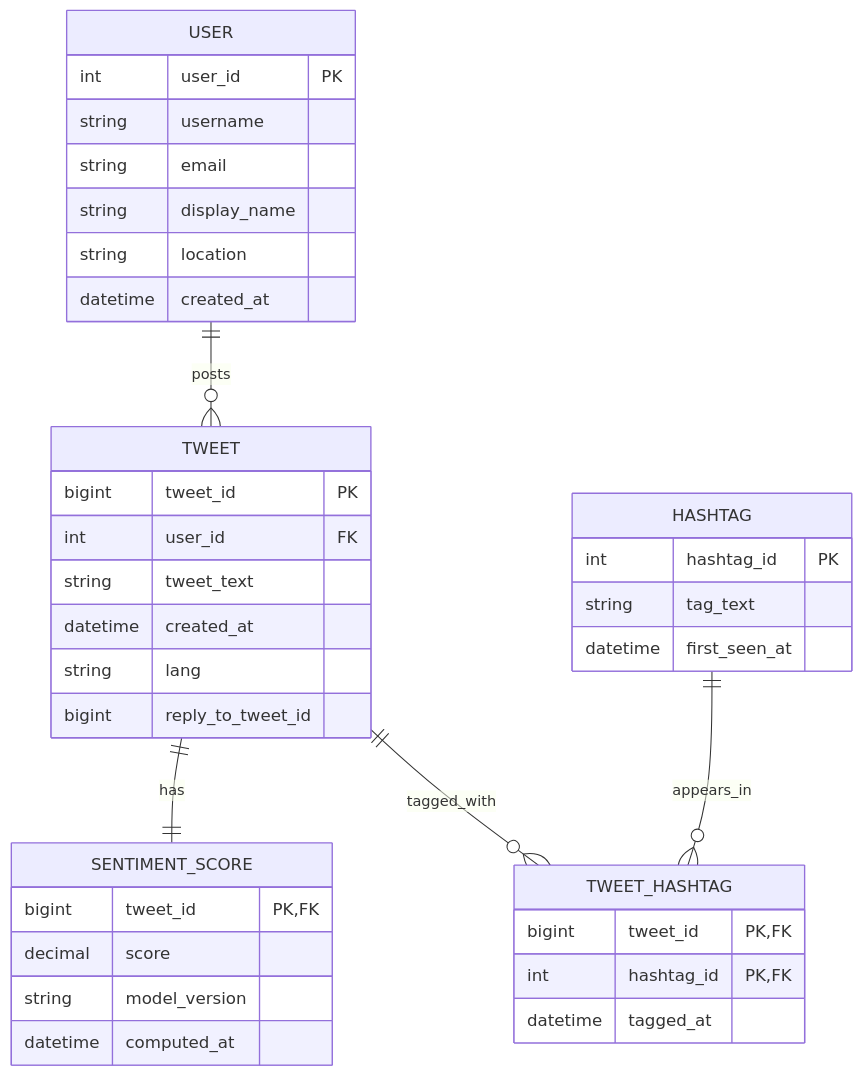
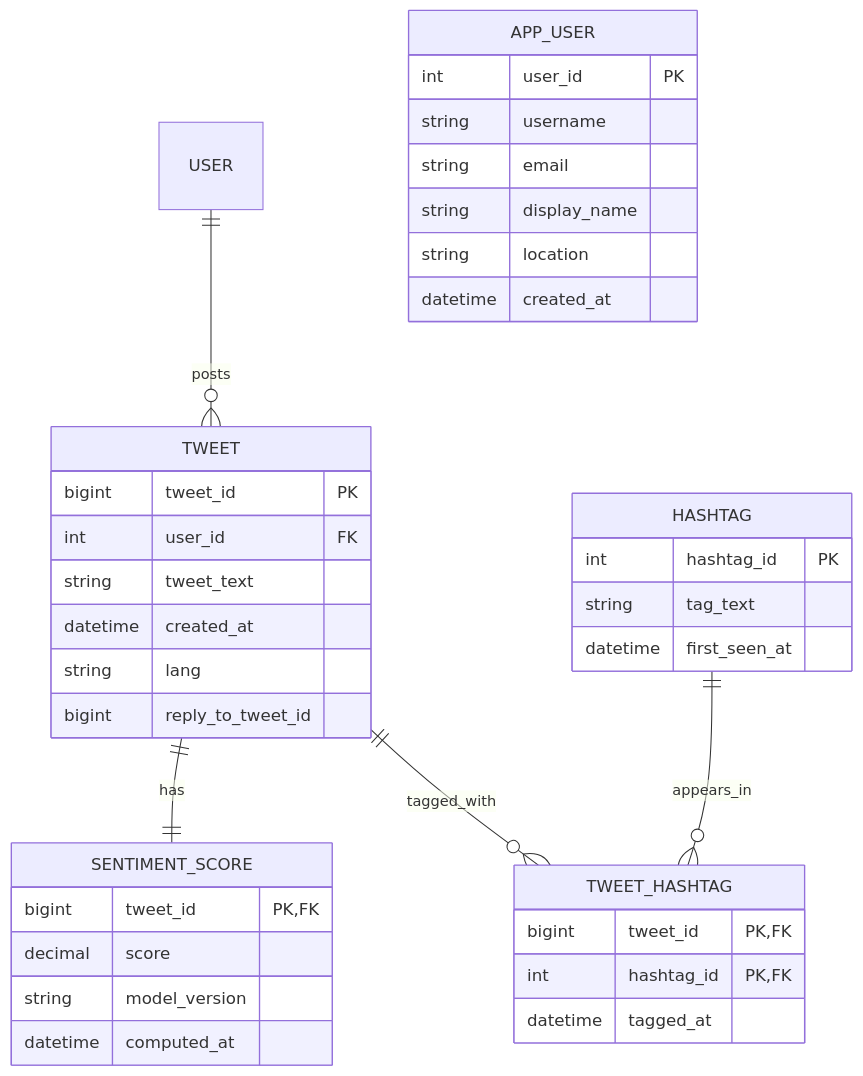
The diagram in database_er.md (E1iteComb/cop-3701-social-analytics), drawn with Mermaid before and after one commit. The commit also changed other lines of this file, not shown here.

Commit message:
Rename USER to APP_USER for Oracle

````diff
--- a/database_er.md
+++ b/database_er.md
@@ -12,44 +12,44 @@
 ```mermaid
 erDiagram
     USER ||--o{ TWEET : posts
     TWEET ||--|| SENTIMENT_SCORE : has
     TWEET ||--o{ TWEET_HASHTAG : tagged_with
     HASHTAG ||--o{ TWEET_HASHTAG : appears_in
 
-    USER {
+    APP_USER {
       int user_id PK
       string username
       string email
       string display_name
       string location
       datetime created_at
     }
 
     TWEET {
       bigint tweet_id PK
       int user_id FK
       string tweet_text
       datetime created_at
       string lang
       bigint reply_to_tweet_id
     }
 
     HASHTAG {
       int hashtag_id PK
       string tag_text
       datetime first_seen_at
     }
 
     TWEET_HASHTAG {
       bigint tweet_id PK, FK
       int hashtag_id PK, FK
       datetime tagged_at
     }
 
     SENTIMENT_SCORE {
       bigint tweet_id PK, FK
       decimal score
       string model_version
       datetime computed_at
     }
 ```
````
